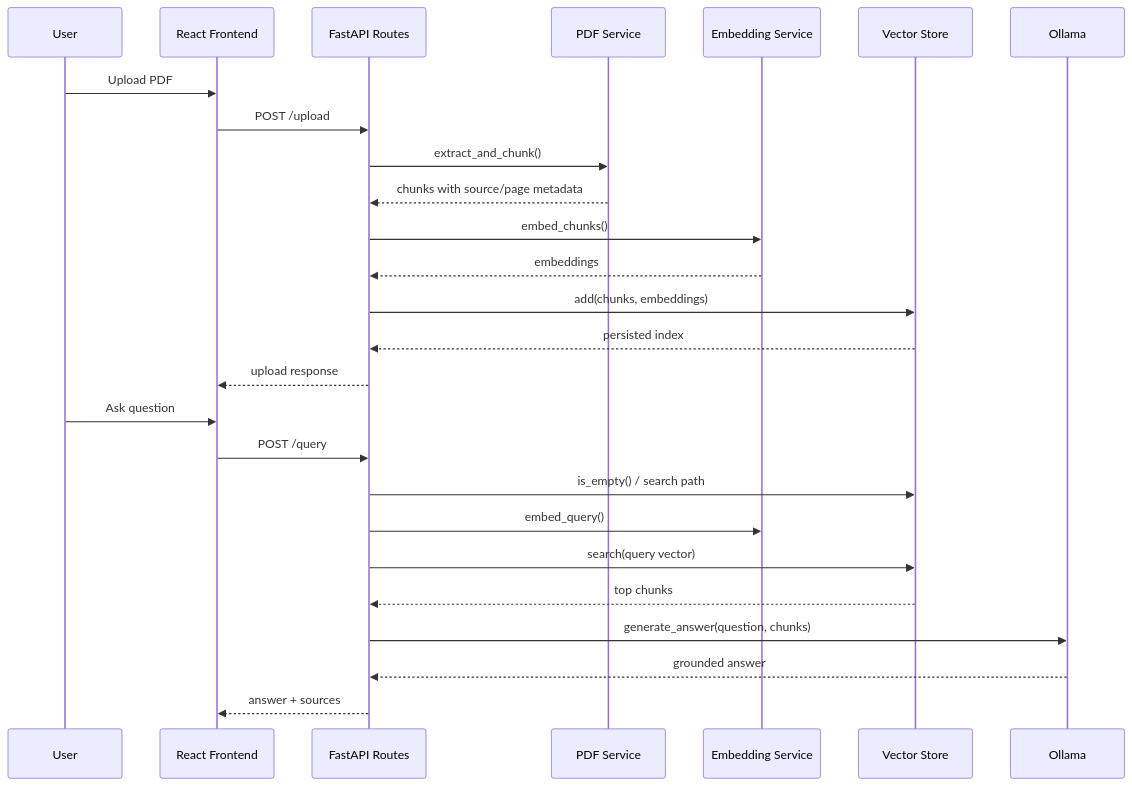
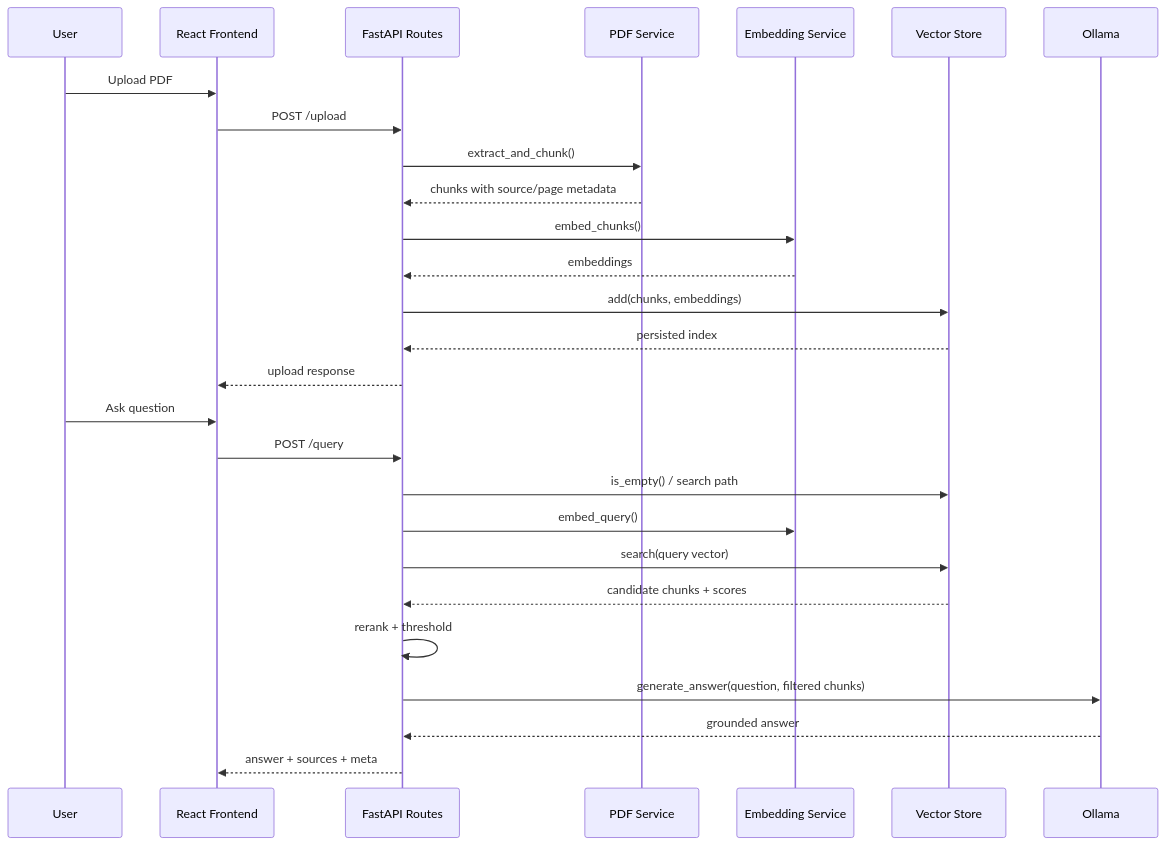
One commit to romin711/simhas changed the second of 3 diagrams in model_overview.md. Above: the diagram before and after it, drawn with Mermaid. The commit also changed other lines of this file and 22 other files, not shown here.

````diff
--- a/model_overview.md
+++ b/model_overview.md
@@ -53,30 +53,31 @@
 ```mermaid
 sequenceDiagram
   participant User
   participant UI as React Frontend
   participant API as FastAPI Routes
   participant PDF as PDF Service
   participant Emb as Embedding Service
   participant Store as Vector Store
   participant LLM as Ollama
 
   User->>UI: Upload PDF
   UI->>API: POST /upload
   API->>PDF: extract_and_chunk()
   PDF-->>API: chunks with source/page metadata
   API->>Emb: embed_chunks()
   Emb-->>API: embeddings
   API->>Store: add(chunks, embeddings)
   Store-->>API: persisted index
   API-->>UI: upload response
 
   User->>UI: Ask question
   UI->>API: POST /query
   API->>Store: is_empty() / search path
   API->>Emb: embed_query()
   API->>Store: search(query vector)
-  Store-->>API: top chunks
-  API->>LLM: generate_answer(question, chunks)
+  Store-->>API: candidate chunks + scores
+  API->>API: rerank + threshold
+  API->>LLM: generate_answer(question, filtered chunks)
   LLM-->>API: grounded answer
-  API-->>UI: answer + sources
+  API-->>UI: answer + sources + meta
 ```
````
